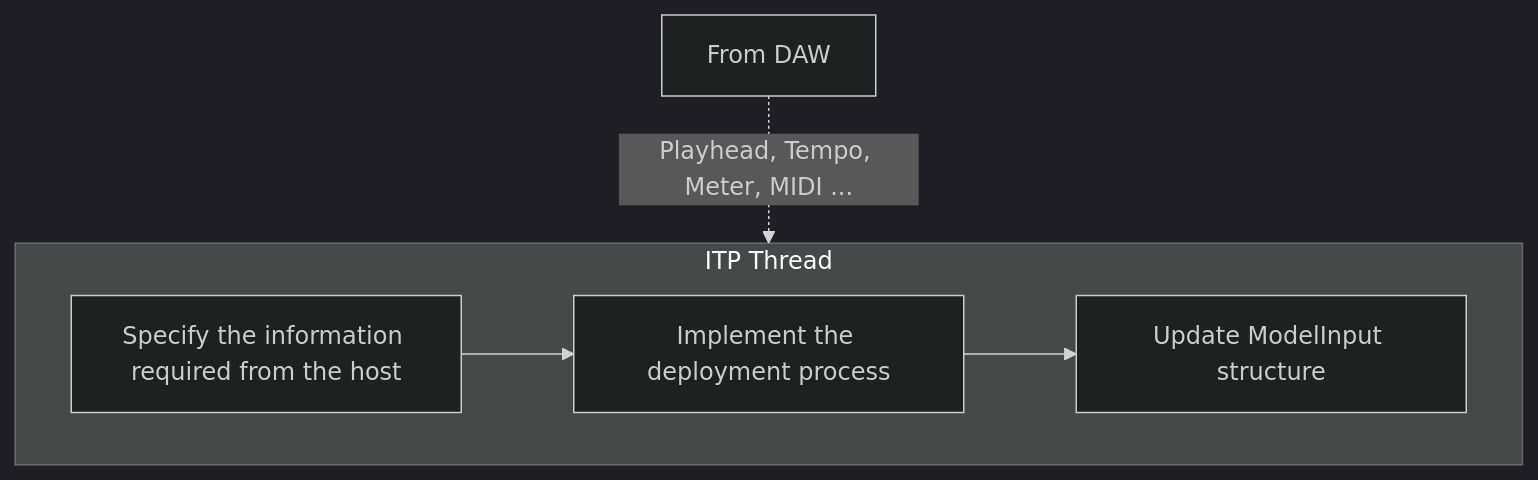
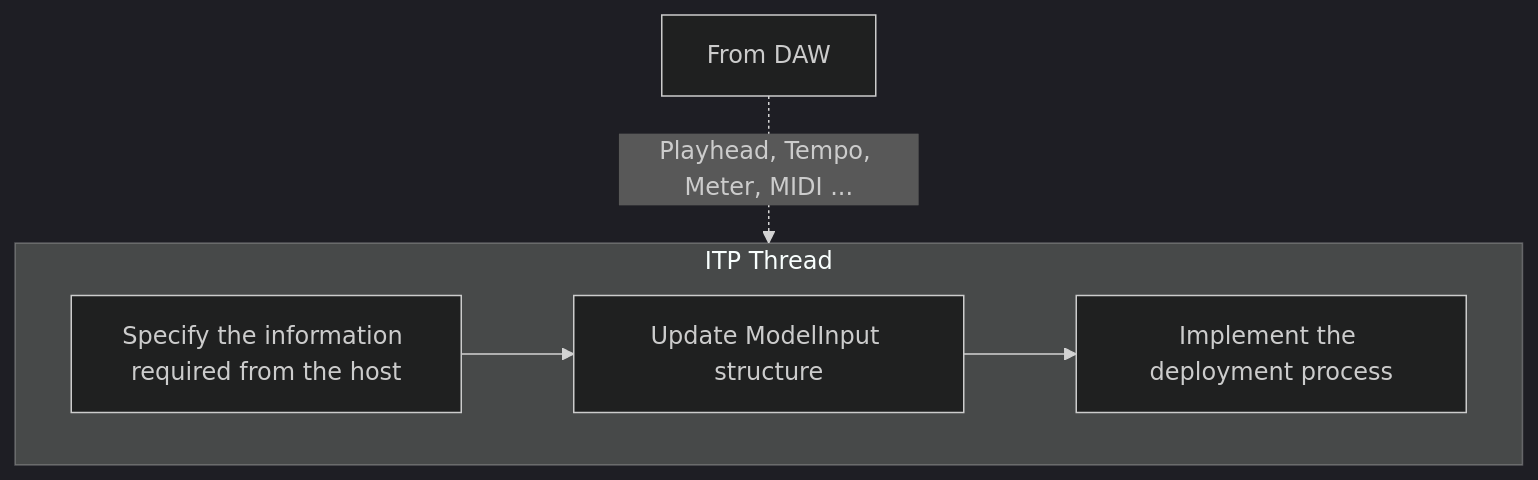
Before and after one commit to neuralmidifx/neuralmidifx.github.io: the diagram in docs/DeploymentThreads/ITP.md, drawn with Mermaid (dark theme). The commit also changed 1 other file, not shown here.

Commit message:
Deployment Threads description

````diff
--- a/docs/DeploymentThreads/ITP.md
+++ b/docs/DeploymentThreads/ITP.md
@@ -33,13 +33,13 @@
 ```mermaid
 graph TD
     %% DAW
     DAW1["From DAW"]
     
     %% ITP Thread
     subgraph ITPThread["ITP Thread"]
-        C1["Specify the information required from the host"] --> C2[Implement the deployment process]
-        C2 --> C3[Update ModelInput structure]
+        C1["Specify the information required from the host"] --> C2[Update ModelInput structure]
+        C2 --> C3[Implement the deployment process]
     end
 
     DAW1 -.->|Playhead, Tempo, Meter, MIDI ... | ITPThread
 ```
````
